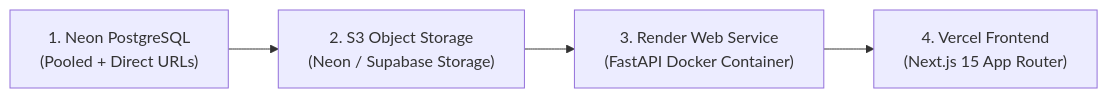
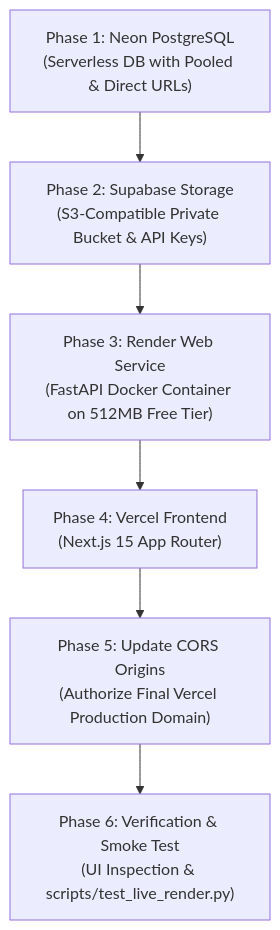
The diagram in docs/DEPLOYMENT.md (BalajiMogarge/Finance-Flow-AI), drawn with Mermaid before and after one commit. The commit also changed other lines of this file and 16 other files, not shown here.

Commit message:
feat(deploy): prepare clean production deployment for Neon, Supabase S3, Render Docker, and Vercel

````diff
--- a/docs/DEPLOYMENT.md
+++ b/docs/DEPLOYMENT.md
@@ -5,6 +5,15 @@
 ```mermaid
-flowchart LR
-    Step1["1. Neon PostgreSQL\n(Pooled + Direct URLs)"] --> Step2["2. S3 Object Storage\n(Neon / Supabase Storage)"]
-    Step2 --> Step3["3. Render Web Service\n(FastAPI Docker Container)"]
-    Step3 --> Step4["4. Vercel Frontend\n(Next.js 15 App Router)"]
+flowchart TD
+    Phase1["Phase 1: Neon PostgreSQL\n(Serverless DB with Pooled & Direct URLs)"]
+    Phase2["Phase 2: Supabase Storage\n(S3-Compatible Private Bucket & API Keys)"]
+    Phase3["Phase 3: Render Web Service\n(FastAPI Docker Container on 512MB Free Tier)"]
+    Phase4["Phase 4: Vercel Frontend\n(Next.js 15 App Router)"]
+    Phase5["Phase 5: Update CORS Origins\n(Authorize Final Vercel Production Domain)"]
+    Phase6["Phase 6: Verification & Smoke Test\n(UI Inspection & scripts/test_live_render.py)"]
+
+    Phase1 --> Phase2
+    Phase2 --> Phase3
+    Phase3 --> Phase4
+    Phase4 --> Phase5
+    Phase5 --> Phase6
 ```
````
